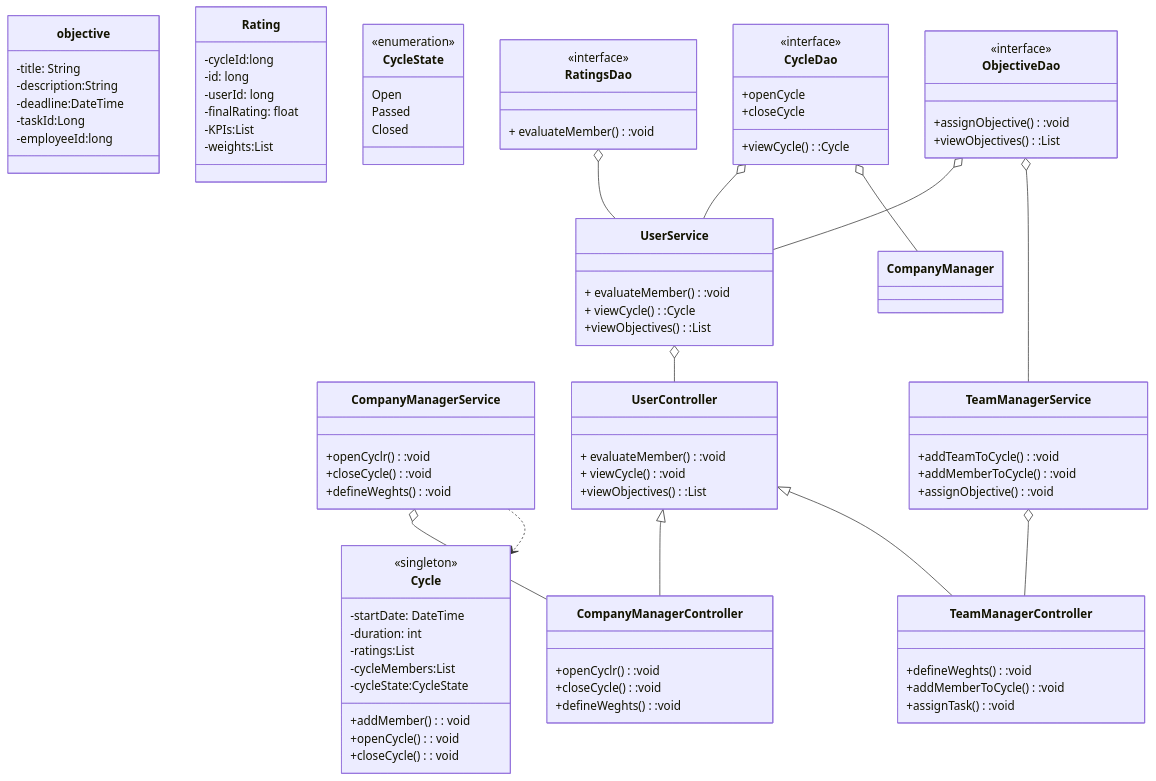
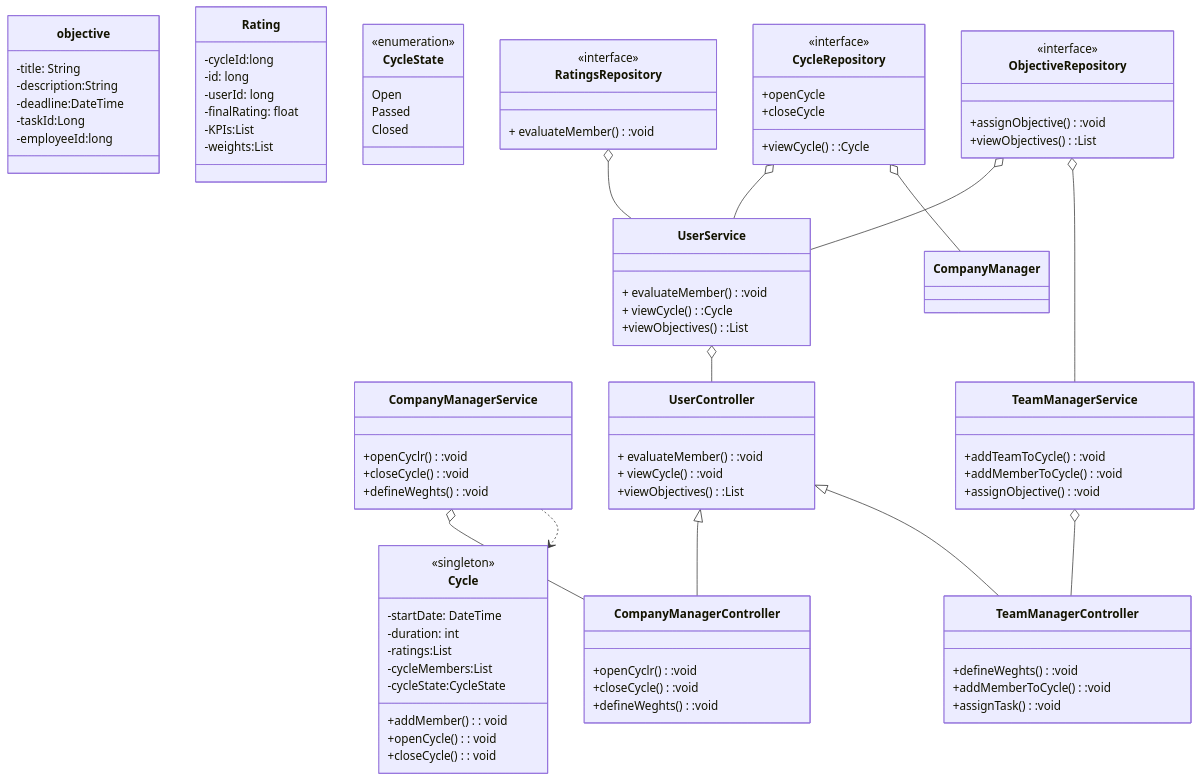
Before and after one commit to wrak-fra5-belbasalla7mar/.github: the fifth of 7 diagrams in profile/README.md, drawn with Mermaid. The commit also changed other lines of this file, not shown here.

```diff
--- a/profile/README.md
+++ b/profile/README.md
@@ -231,17 +231,17 @@
 Passed 
 Closed
 }
-class CycleDao{
+class CycleRepository{
 <<interface>>
 +openCycle
 +closeCycle
 +viewCycle():Cycle
 }
-class RatingsDao{
+class RatingsRepository{
 <<interface>>
 + evaluateMember():void
 }
-class ObjectiveDao{
+class ObjectiveRepository{
 <<interface>>
 +assignObjective():void
 +viewObjectives():List<Objective>
@@ -283,11 +283,11 @@
 CompanyManagerService o-- CompanyManagerController
 UserService o-- UserController
 TeamManagerService o-- TeamManagerController
-CycleDao o-- UserService
-RatingsDao o-- UserService
-ObjectiveDao o-- UserService
-ObjectiveDao o-- TeamManagerService
-CycleDao o-- CompanyManager
+CycleRepository o-- UserService
+RatingsRepository o-- UserService
+ObjectiveRepository o-- UserService
+ObjectiveRepository o-- TeamManagerService
+CycleRepository o-- CompanyManager
 CompanyManagerService ..>Cycle
 
 
```
